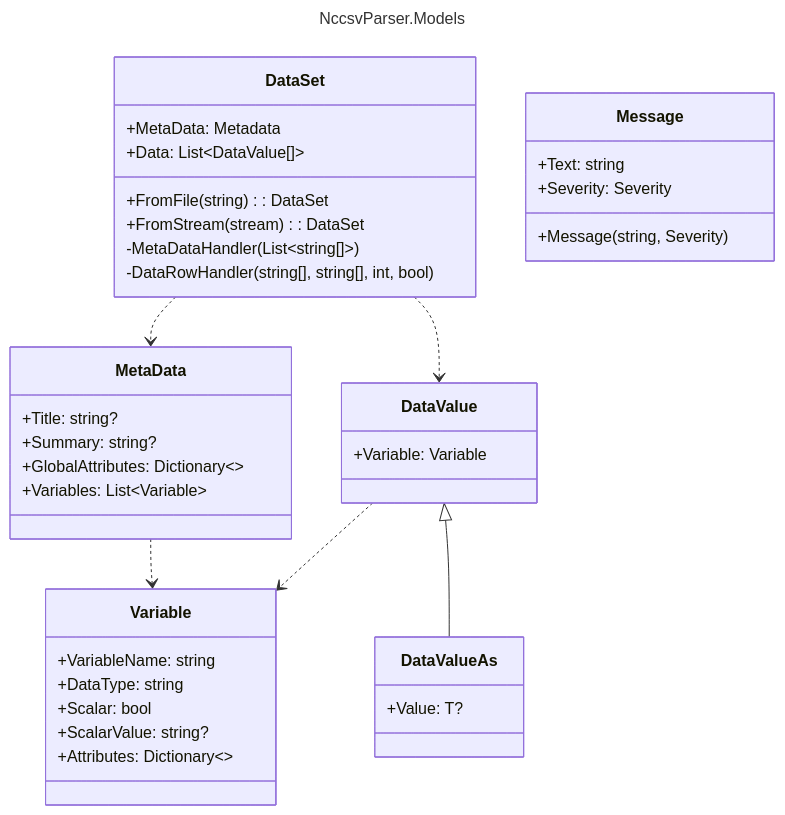
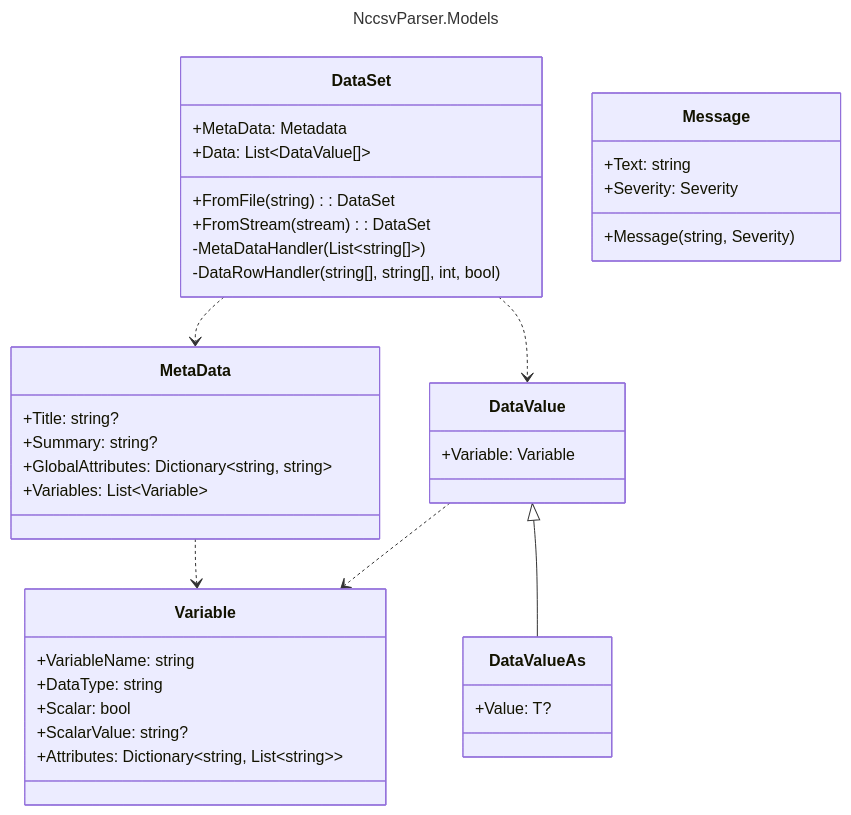
Before and after one commit to snd-sweden/Nccsv.Net: the diagram in docs/Design and architecture/ClassDiagram - NccsvParser-Models.md, drawn with Mermaid.

Commit message:
Update ClassDiagram - NccsvParser-Models.md

````diff
--- a/docs/Design and architecture/ClassDiagram - NccsvParser-Models.md
+++ b/docs/Design and architecture/ClassDiagram - NccsvParser-Models.md
@@ -1,52 +1,52 @@
 ```mermaid
 ---
 title: NccsvParser.Models
 ---
 
 classDiagram
 
 DataValue <|-- DataValueAs
 DataSet ..> MetaData
 DataSet ..> DataValue
 MetaData ..> Variable
 DataValue ..> Variable
 
 class DataSet{
     +MetaData: Metadata
     +Data: List~DataValue[]~
     +FromFile(string): DataSet
     +FromStream(stream): DataSet
     -MetaDataHandler(List~string[]~)
     -DataRowHandler(string[], string[], int, bool)
 }
 
 class DataValue{
     +Variable: Variable
 }
 
 class DataValueAs{
     +Value: T?
 }
 
 class MetaData{
     +Title: string?
     +Summary: string?
-    +GlobalAttributes: Dictionary<>
+    +GlobalAttributes: Dictionary&lt;string, string>
     +Variables: List~Variable~
 }
 
 class Variable{
     +VariableName: string
     +DataType: string
     +Scalar: bool
     +ScalarValue: string?
-    +Attributes: Dictionary<>
+    +Attributes: Dictionary&lt;string, List~string~>
 }
 
 class Message{
     +Text: string
     +Severity: Severity
     +Message(string, Severity)
 }
 
 ```
````
